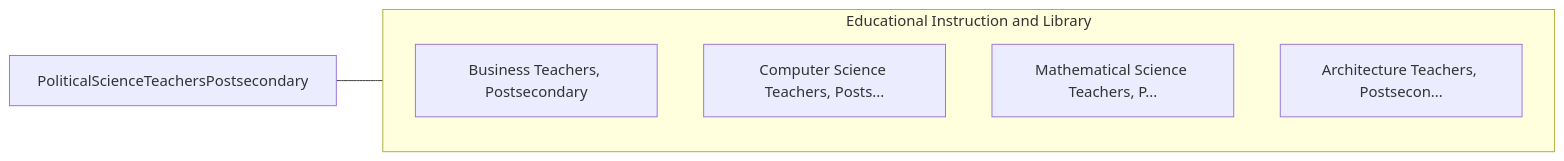
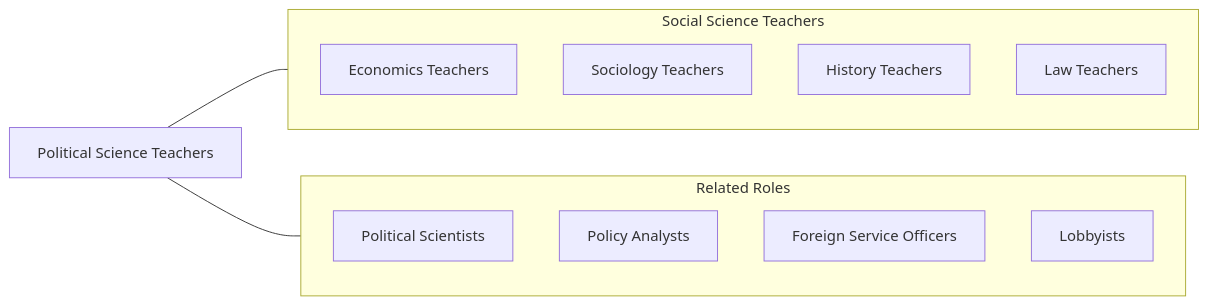
Before and after one commit to kziemski/business.org.ai: the fourth of 4 diagrams in occupations/Education/PoliticalScienceTeachersPostsecondary.mdx, drawn with Mermaid. The commit also changed other lines of this file and 938 other files, not shown here.

````diff
--- a/occupations/Education/PoliticalScienceTeachersPostsecondary.mdx
+++ b/occupations/Education/PoliticalScienceTeachersPostsecondary.mdx
@@ -82,13 +179,21 @@
 ```mermaid
 graph LR
-    Current["PoliticalScienceTeachersPostsecondary"]
+    Current["Political Science Teachers"]
 
-    subgraph SameCategory["Educational Instruction and Library"]
-        BusinessTeachersPost["Business Teachers, Postsecondary"]
-        ComputerScienceTeach["Computer Science Teachers, Posts..."]
-        MathematicalScienceT["Mathematical Science Teachers, P..."]
-        ArchitectureTeachers["Architecture Teachers, Postsecon..."]
+    subgraph SameCategory["Social Science Teachers"]
+        Economics["Economics Teachers"]
+        Sociology["Sociology Teachers"]
+        History["History Teachers"]
+        Law["Law Teachers"]
+    end
+
+    subgraph CrossFunctional["Related Roles"]
+        PolScientists["Political Scientists"]
+        PolicyAnalysts["Policy Analysts"]
+        Diplomats["Foreign Service Officers"]
+        Lobbyists["Lobbyists"]
     end
 
     Current --- SameCategory
+    Current --- CrossFunctional
 ```
````
